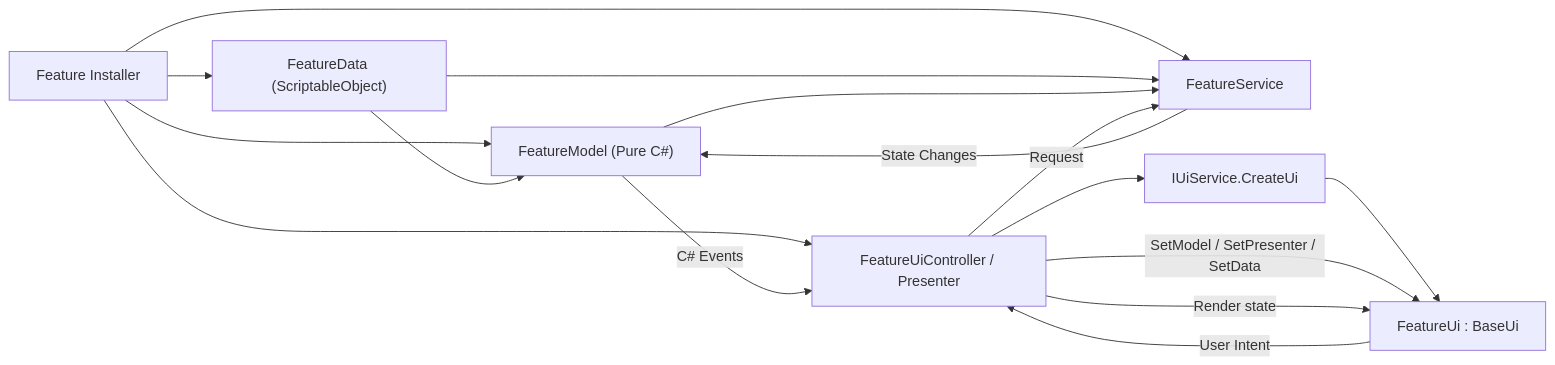
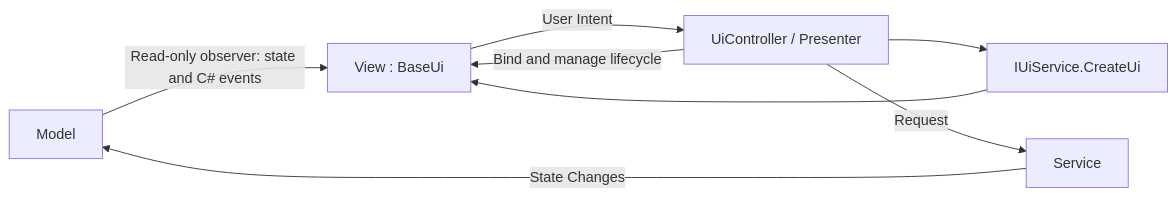
Before and after one commit to GolinSky/empire-at-war: the fourth of 6 diagrams in README.md, drawn with Mermaid. The commit also changed other lines of this file, not shown here.

Commit message:
docs: refresh README architecture and DI overview

````diff
--- a/README.md
+++ b/README.md
@@ -27,18 +86,10 @@
 ```mermaid
 flowchart LR
-    Installer["Feature Installer"] --> Data["FeatureData (ScriptableObject)"]
-    Installer --> Model["FeatureModel (Pure C#)"]
-    Installer --> Service["FeatureService"]
-    Installer --> Presenter["FeatureUiController / Presenter"]
-    Data --> Model
-    Data --> Service
-    Model --> Service
+    Model["Model"] -->|"Read-only observer: state and C# events"| View["View : BaseUi"]
+    Presenter["UiController / Presenter"] -->|"Bind and manage lifecycle"| View
     Presenter --> UiService["IUiService.CreateUi"]
-    UiService --> View["FeatureUi : BaseUi"]
-    Presenter -->|"SetModel / SetPresenter / SetData"| View
+    UiService --> View
     View -->|"User Intent"| Presenter
-    Presenter -->|"Request"| Service
+    Presenter -->|"Request"| Service["Service"]
     Service -->|"State Changes"| Model
-    Model -->|"C# Events"| Presenter
-    Presenter -->|"Render state"| View
 ```
````
